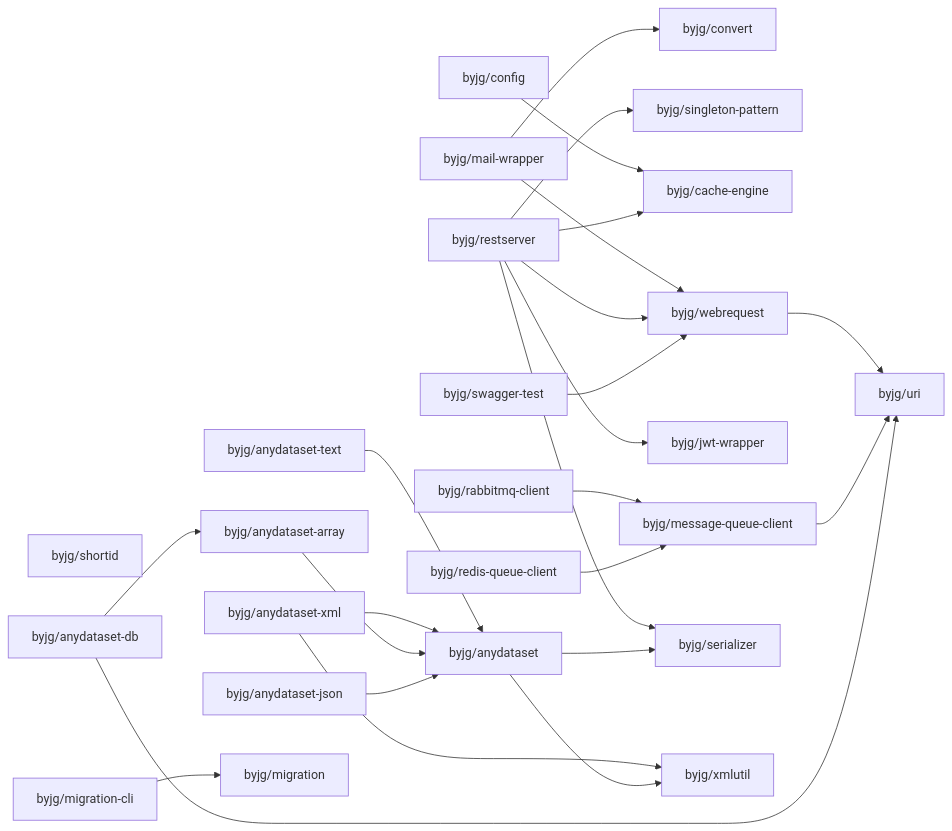
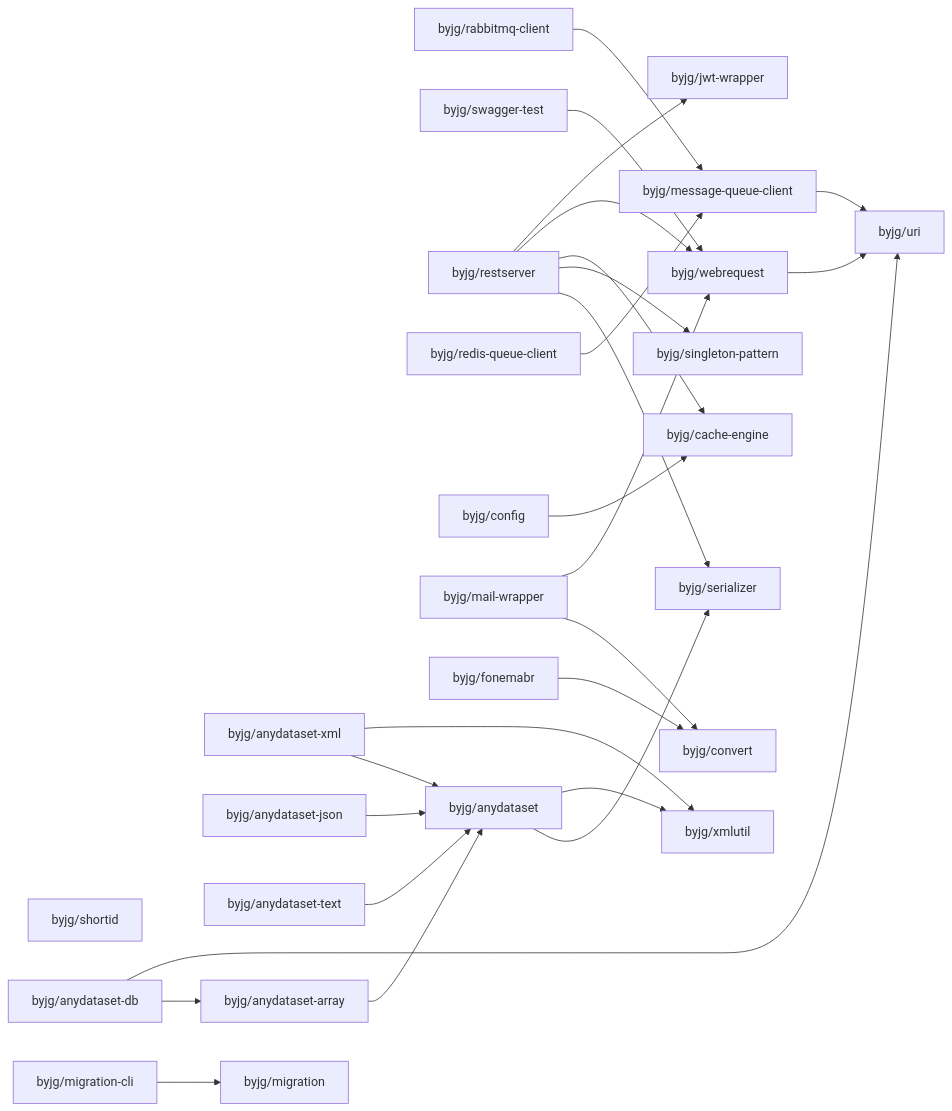
One commit to byjg/byjg.github.io changed the diagram in php/README.md. Above: the diagram before and after it, drawn with Mermaid. The commit also changed 2 other files, not shown here.

Commit message:
Update documentation 'php' 'php-fonemabr'

````diff
--- a/php/README.md
+++ b/php/README.md
@@ -3,50 +3,52 @@
 ```mermaid
 graph LR;
-  byjg/anydataset-text;
+  byjg/anydataset-xml;
+  byjg/rabbitmq-client;
+  byjg/swagger-test;
+  byjg/restserver;
   byjg/anydataset-json;
   byjg/shortid;
+  byjg/redis-queue-client;
   byjg/config;
+  byjg/migration-cli;
   byjg/mail-wrapper;
   byjg/anydataset-db;
-  byjg/swagger-test;
-  byjg/rabbitmq-client;
-  byjg/restserver;
-  byjg/anydataset-xml;
-  byjg/redis-queue-client;
-  byjg/migration-cli;
-  byjg/convert;
-  byjg/anydataset-array;
+  byjg/fonemabr;
+  byjg/anydataset-text;
   byjg/singleton-pattern;
-  byjg/cache-engine;
-  byjg/webrequest;
   byjg/jwt-wrapper;
   byjg/message-queue-client;
+  byjg/cache-engine;
   byjg/migration;
+  byjg/webrequest;
+  byjg/anydataset-array;
+  byjg/convert;
+  byjg/uri;
   byjg/anydataset;
-  byjg/uri;
   byjg/serializer;
   byjg/xmlutil;
+  byjg/fonemabr --> byjg/convert;
   byjg/config --> byjg/cache-engine;
   byjg/anydataset-text --> byjg/anydataset;
   byjg/webrequest --> byjg/uri;
   byjg/rabbitmq-client --> byjg/message-queue-client;
   byjg/anydataset-xml --> byjg/anydataset;
   byjg/anydataset-xml --> byjg/xmlutil;
   byjg/anydataset-array --> byjg/anydataset;
   byjg/mail-wrapper --> byjg/convert;
   byjg/mail-wrapper --> byjg/webrequest;
   byjg/message-queue-client --> byjg/uri;
   byjg/anydataset-db --> byjg/anydataset-array;
   byjg/anydataset-db --> byjg/uri;
   byjg/anydataset-json --> byjg/anydataset;
   byjg/redis-queue-client --> byjg/message-queue-client;
   byjg/restserver --> byjg/serializer;
   byjg/restserver --> byjg/singleton-pattern;
   byjg/restserver --> byjg/cache-engine;
   byjg/restserver --> byjg/webrequest;
   byjg/restserver --> byjg/jwt-wrapper;
   byjg/swagger-test --> byjg/webrequest;
   byjg/migration-cli --> byjg/migration;
   byjg/anydataset --> byjg/serializer;
   byjg/anydataset --> byjg/xmlutil;
 ```
````
